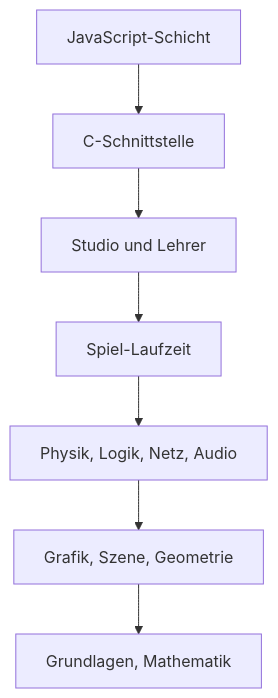
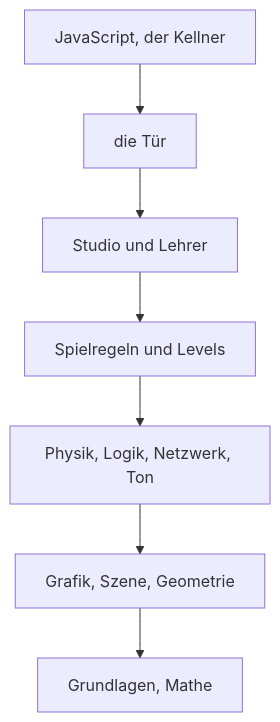
One commit to ChristianHohlfeld/kernengine.de changed the diagram in kern/docs/buch-gelb/01-einfuehrung.md. Above: the diagram before and after it, drawn with Mermaid. The commit also changed other lines of this file and 22 other files, not shown here.

````diff
--- a/kern/docs/buch-gelb/01-einfuehrung.md
+++ b/kern/docs/buch-gelb/01-einfuehrung.md
@@ -87,9 +133,9 @@
 ```mermaid
 flowchart TD
-  JS["JavaScript-Schicht"] --> ABI["C-Schnittstelle"]
+  JS["JavaScript, der Kellner"] --> ABI["die Tür"]
   ABI --> ST["Studio und Lehrer"]
-  ST --> SP["Spiel-Laufzeit"]
-  SP --> MID["Physik, Logik, Netz, Audio"]
+  ST --> SP["Spielregeln und Levels"]
+  SP --> MID["Physik, Logik, Netzwerk, Ton"]
   MID --> GFX["Grafik, Szene, Geometrie"]
-  GFX --> CORE["Grundlagen, Mathematik"]
+  GFX --> CORE["Grundlagen, Mathe"]
 ```
````
